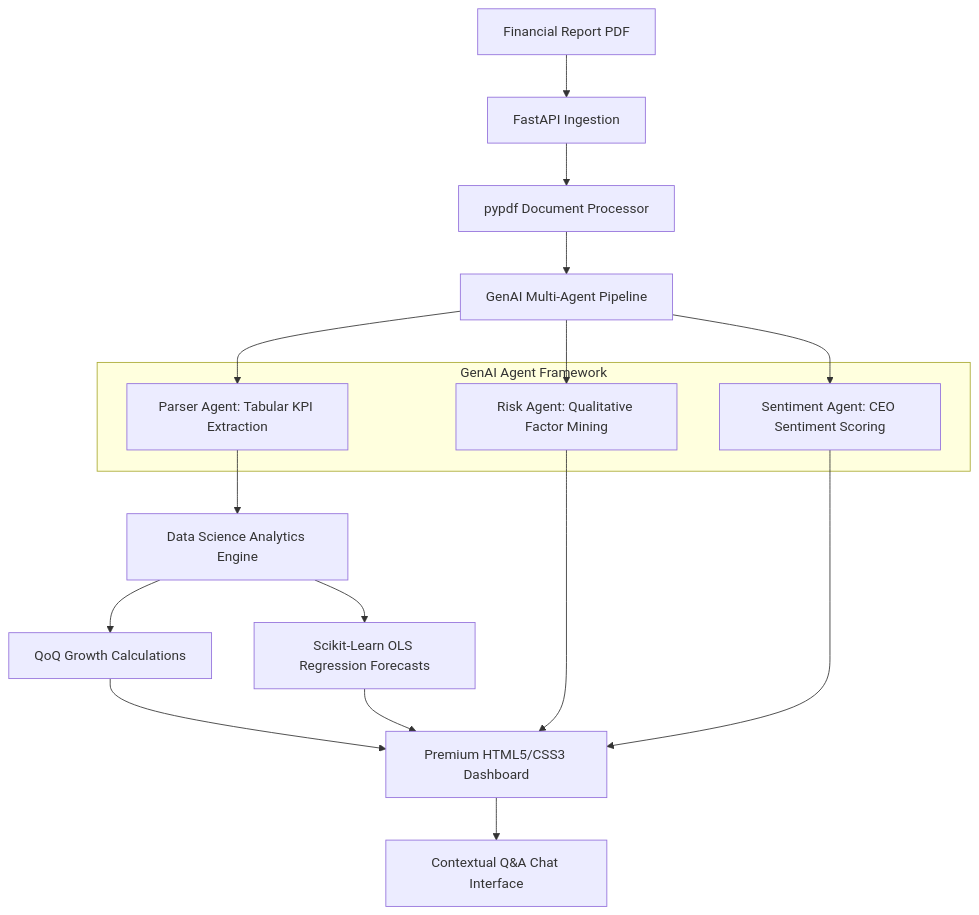
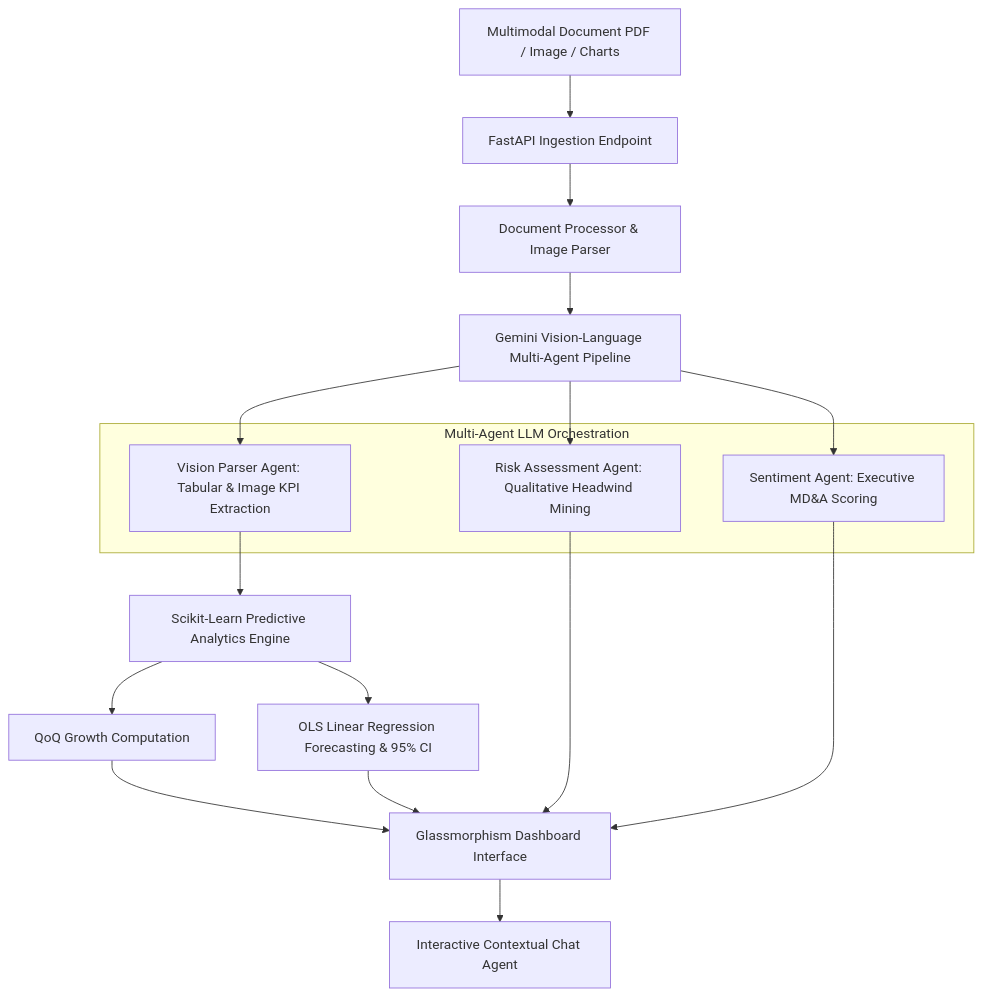
One commit to scodes-byte/AlphaDoc-Analytics changed the diagram in README.md. Above: the diagram before and after it, drawn with Mermaid. The commit also changed other lines of this file and 8 other files, not shown here.

Commit message:
Feature: Professional Multimodal GenAI Upgrade (PDF & Image Ingestion, VisionAgent, Multimodal Thought Traces)

````diff
--- a/README.md
+++ b/README.md
@@ -22,18 +28,21 @@
 ```mermaid
 graph TD
-    A[Financial Report PDF] --> B[FastAPI Ingestion]
-    B --> C[pypdf Document Processor]
-    C --> D[GenAI Multi-Agent Pipeline]
-    subgraph GenAI Agent Framework
-        D1[Parser Agent: Tabular KPI Extraction]
-        D2[Risk Agent: Qualitative Factor Mining]
-        D3[Sentiment Agent: CEO Sentiment Scoring]
+    A[Multimodal Document PDF / Image / Charts] --> B[FastAPI Ingestion Endpoint]
+    B --> C[Document Processor & Image Parser]
+    C --> D[Gemini Vision-Language Multi-Agent Pipeline]
+    
+    subgraph Multi-Agent LLM Orchestration
+        D1[Vision Parser Agent: Tabular & Image KPI Extraction]
+        D2[Risk Assessment Agent: Qualitative Headwind Mining]
+        D3[Sentiment Agent: Executive MD&A Scoring]
     end
+    
     D --> D1 & D2 & D3
-    D1 --> E[Data Science Analytics Engine]
-    E --> E1[QoQ Growth Calculations]
-    E --> E2[Scikit-Learn OLS Regression Forecasts]
-    E1 & E2 --> F[Premium HTML5/CSS3 Dashboard]
+    D1 --> E[Scikit-Learn Predictive Analytics Engine]
+    E --> E1[QoQ Growth Computation]
+    E --> E2[OLS Linear Regression Forecasting & 95% CI]
+    
+    E1 & E2 --> F[Glassmorphism Dashboard Interface]
     D2 & D3 --> F
-    F --> G[Contextual Q&A Chat Interface]
+    F --> G[Interactive Contextual Chat Agent]
 ```
````
